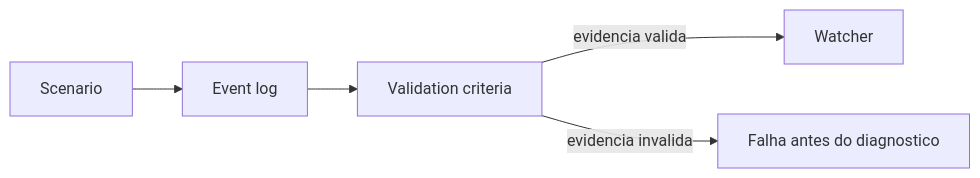
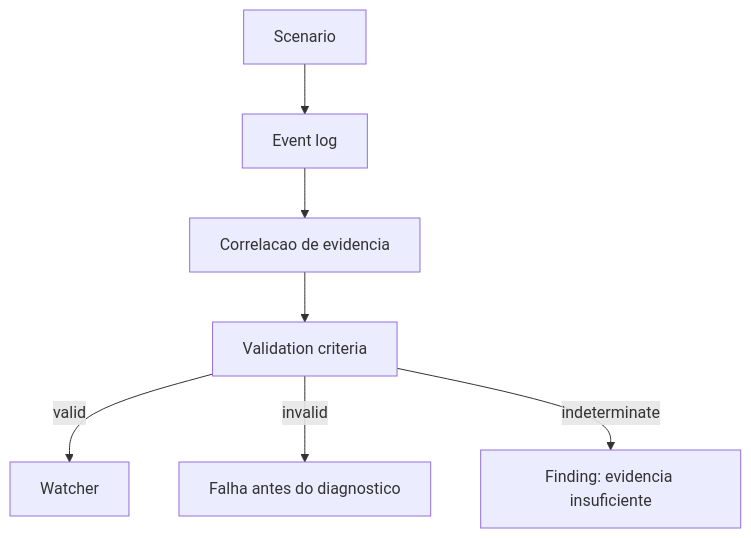
Before and after one commit to luanmorenommaciel/apex: the fourth of 4 diagrams in docs/team-validation-guide.md, drawn with Mermaid. The commit also changed other lines of this file and 15 other files, not shown here.

````diff
--- a/docs/team-validation-guide.md
+++ b/docs/team-validation-guide.md
@@ -197,7 +197,9 @@
 ```mermaid
-flowchart LR
+flowchart TD
     S["Scenario"] --> L["Event log"]
-    L --> V["Validation criteria"]
-    V -->|"evidencia valida"| W["Watcher"]
-    V -->|"evidencia invalida"| E["Falha antes do diagnostico"]
+    L --> C["Correlacao de evidencia"]
+    C --> V["Validation criteria"]
+    V -->|"valid"| W["Watcher"]
+    V -->|"invalid"| E["Falha antes do diagnostico"]
+    V -->|"indeterminate"| I["Finding: evidencia insuficiente"]
 ```
````
